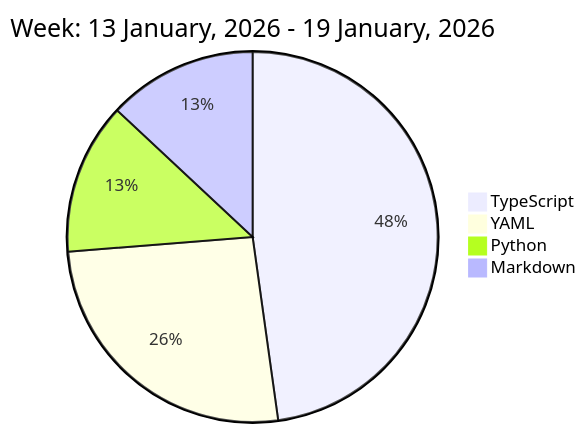
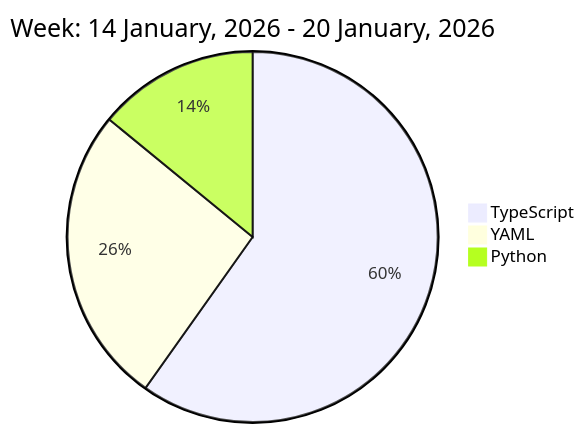
One commit to liubin95/liubin95 changed the diagram in README.md. Above: the diagram before and after it, drawn with Mermaid.

Commit message:
Updated the Graph with new Metrics

````diff
--- a/README.md
+++ b/README.md
@@ -37,8 +37,7 @@
 ```mermaid
  pie
-title Week: 13 January, 2026 - 19 January, 2026
- "TypeScript" : 7.15
- "YAML" : 3.88
- "Python" : 1.98
- "Markdown" : 1.95
+title Week: 14 January, 2026 - 20 January, 2026
+ "TypeScript" : 7.95
+ "YAML" : 3.47
+ "Python" : 1.87
 ```
````
